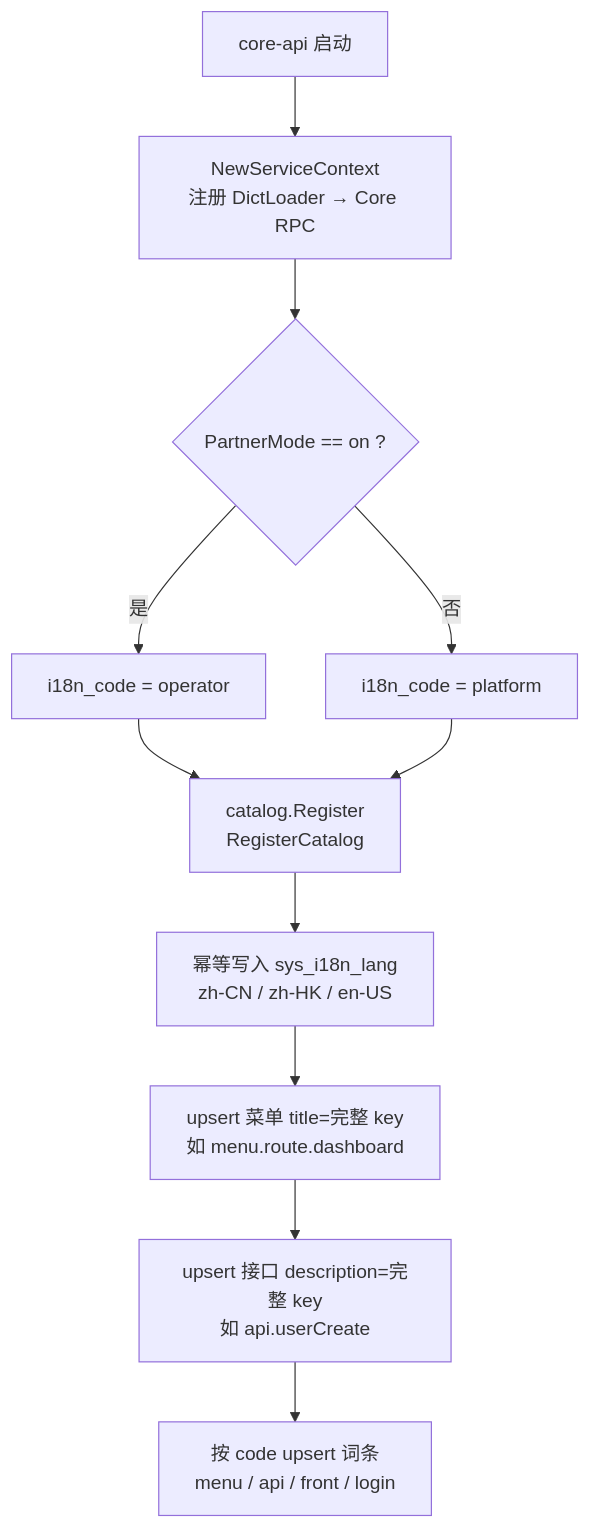
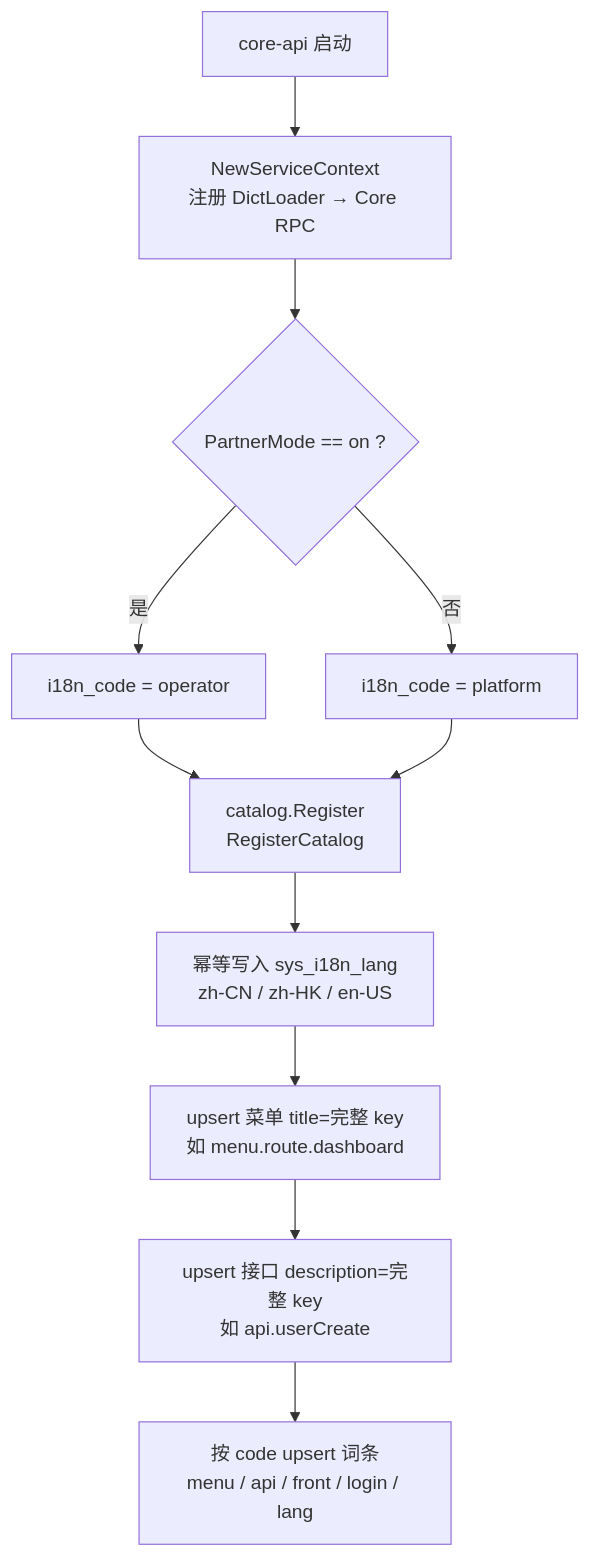
One commit to ns9ryan/p9_demo changed the second of 7 diagrams in core-demo/docs/i18n.md. Above: the diagram before and after it, drawn with Mermaid. The commit also changed other lines of this file and 435 other files, not shown here.

````diff
--- a/core-demo/docs/i18n.md
+++ b/core-demo/docs/i18n.md
@@ -61,18 +61,18 @@
 ```mermaid
 flowchart TB
   Start["core-api 启动"]
   Ctx["NewServiceContext<br/>注册 DictLoader → Core RPC"]
   Mode{"PartnerMode == on ?"}
   Op["i18n_code = operator"]
   Pf["i18n_code = platform"]
   Cat["catalog.Register<br/>RegisterCatalog"]
   Lang["幂等写入 sys_i18n_lang<br/>zh-CN / zh-HK / en-US"]
   Menu["upsert 菜单 title=完整 key<br/>如 menu.route.dashboard"]
   Api["upsert 接口 description=完整 key<br/>如 api.userCreate"]
-  I18n["按 code upsert 词条<br/>menu / api / front / login"]
+  I18n["按 code upsert 词条<br/>menu / api / front / login / lang"]
 
   Start --> Ctx --> Mode
   Mode -->|是| Op --> Cat
   Mode -->|否| Pf --> Cat
   Cat --> Lang --> Menu --> Api --> I18n
 ```
````
